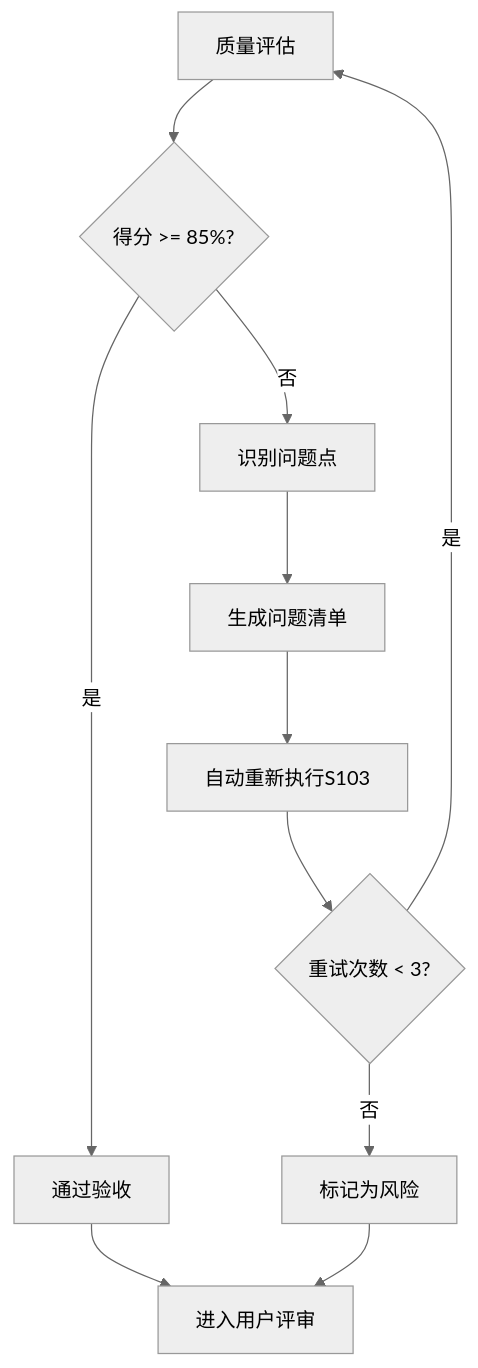
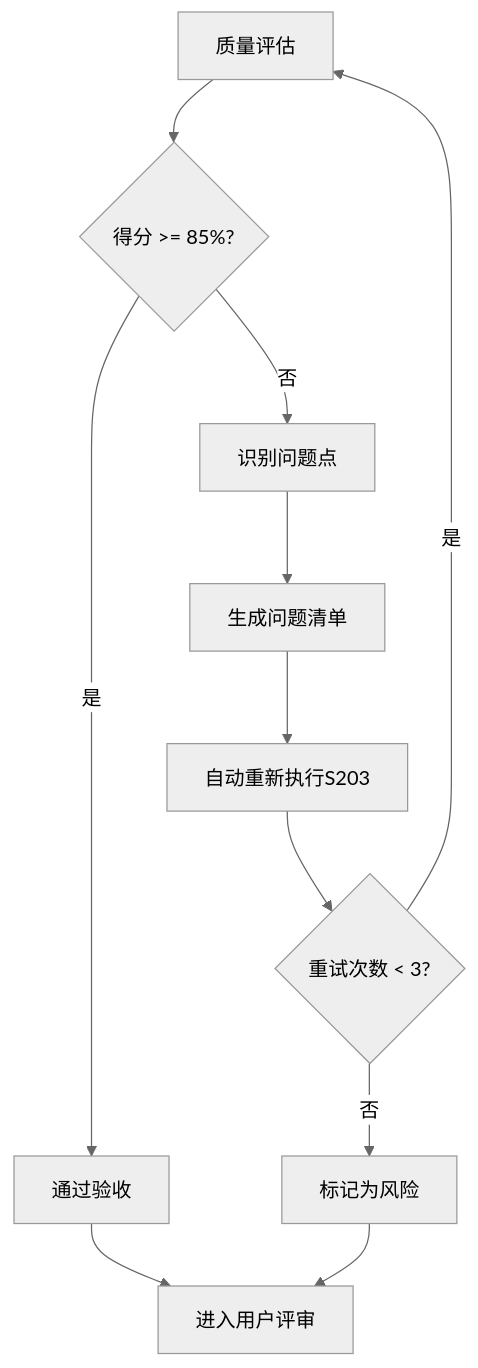
Before and after one commit to HeartFlying/swf: the second of 2 diagrams in skills/s2-implicit/SKILL.md, drawn with Mermaid (neutral theme). The commit also changed other lines of this file and 10 other files, not shown here.

````diff
--- a/skills/s2-implicit/SKILL.md
+++ b/skills/s2-implicit/SKILL.md
@@ -228,13 +228,13 @@
 ```mermaid
 flowchart TD
     Evaluate[质量评估] --> Score{得分 >= 85%?}
     Score -->|是| Pass[通过验收]
     Score -->|否| Identify[识别问题点]
     Identify --> List[生成问题清单]
-    List --> ReExecute[自动重新执行S103]
+    List --> ReExecute[自动重新执行S203]
     ReExecute --> Retry{重试次数 < 3?}
     Retry -->|是| Evaluate
     Retry -->|否| Risk[标记为风险]
     Pass --> UserReview[进入用户评审]
     Risk --> UserReview
 ```
````
